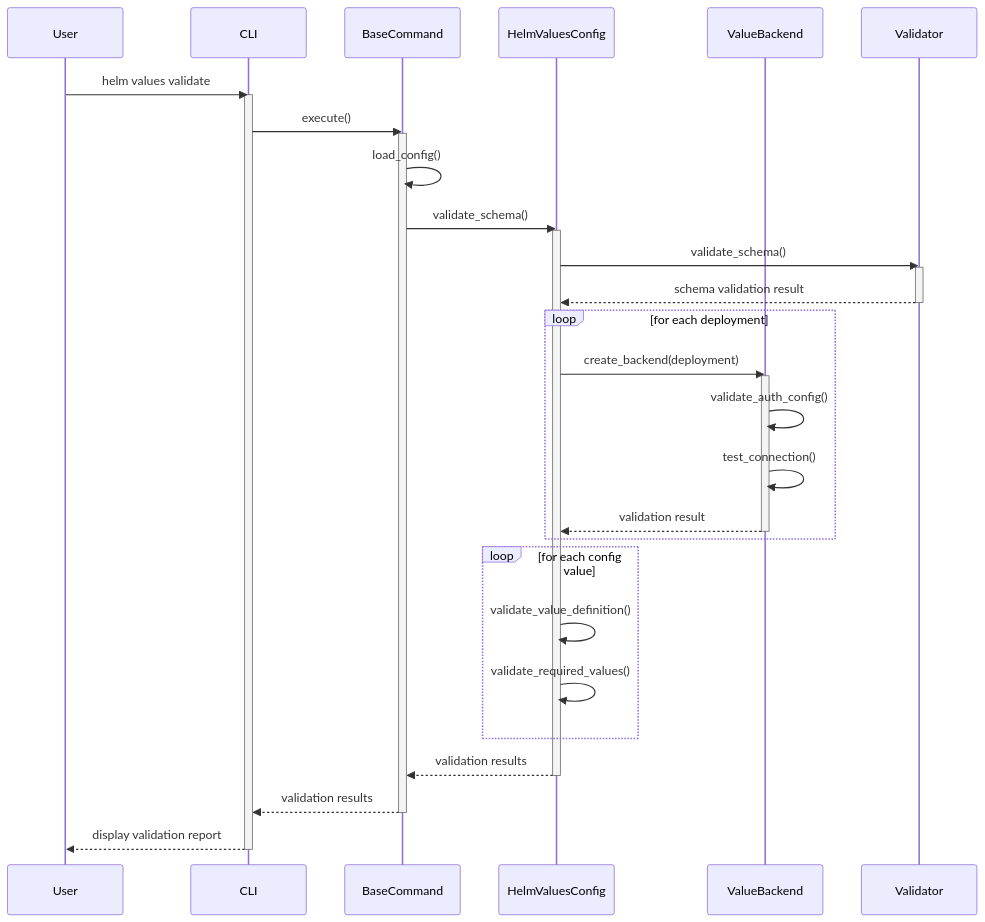
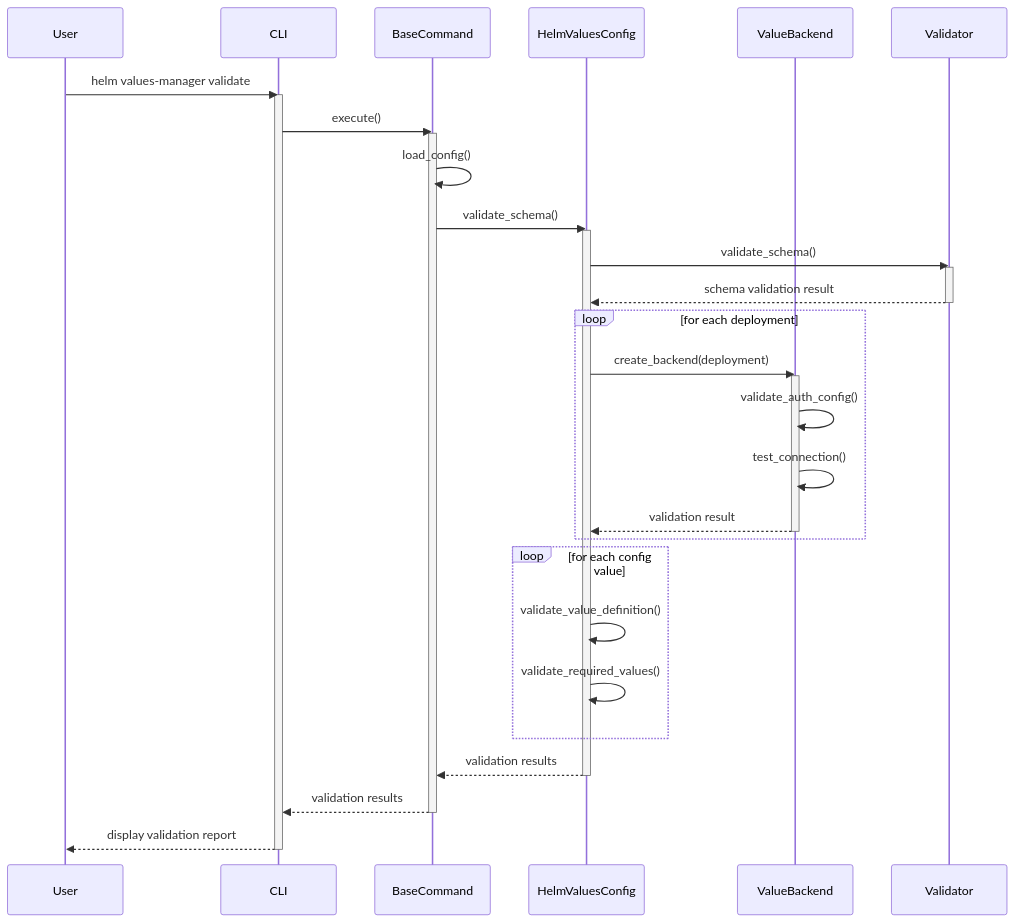
The eighth of 14 diagrams in docs/Design/sequence-diagrams.md (Zipstack/helm-values-manager), drawn with Mermaid before and after one commit. The commit also changed other lines of this file, not shown here.

First line of the commit message:
docs: update sequence diagrams with correct command flags

````diff
--- a/docs/Design/sequence-diagrams.md
+++ b/docs/Design/sequence-diagrams.md
@@ -331,47 +331,47 @@
 ```mermaid
 sequenceDiagram
     participant User
     participant CLI
     participant BaseCommand
     participant HelmValuesConfig
     participant ValueBackend
     participant Validator
 
-    User->>CLI: helm values validate
+    User->>CLI: helm values-manager validate
     activate CLI
 
     CLI->>BaseCommand: execute()
     activate BaseCommand
 
     BaseCommand->>BaseCommand: load_config()
     BaseCommand->>HelmValuesConfig: validate_schema()
     activate HelmValuesConfig
 
     HelmValuesConfig->>Validator: validate_schema()
     activate Validator
     Validator-->>HelmValuesConfig: schema validation result
     deactivate Validator
 
     loop for each deployment
         HelmValuesConfig->>ValueBackend: create_backend(deployment)
         activate ValueBackend
         ValueBackend->>ValueBackend: validate_auth_config()
         ValueBackend->>ValueBackend: test_connection()
         ValueBackend-->>HelmValuesConfig: validation result
         deactivate ValueBackend
     end
 
     loop for each config value
         HelmValuesConfig->>HelmValuesConfig: validate_value_definition()
         HelmValuesConfig->>HelmValuesConfig: validate_required_values()
     end
 
     HelmValuesConfig-->>BaseCommand: validation results
     deactivate HelmValuesConfig
 
     BaseCommand-->>CLI: validation results
     deactivate BaseCommand
 
     CLI-->>User: display validation report
     deactivate CLI
 ```
````
